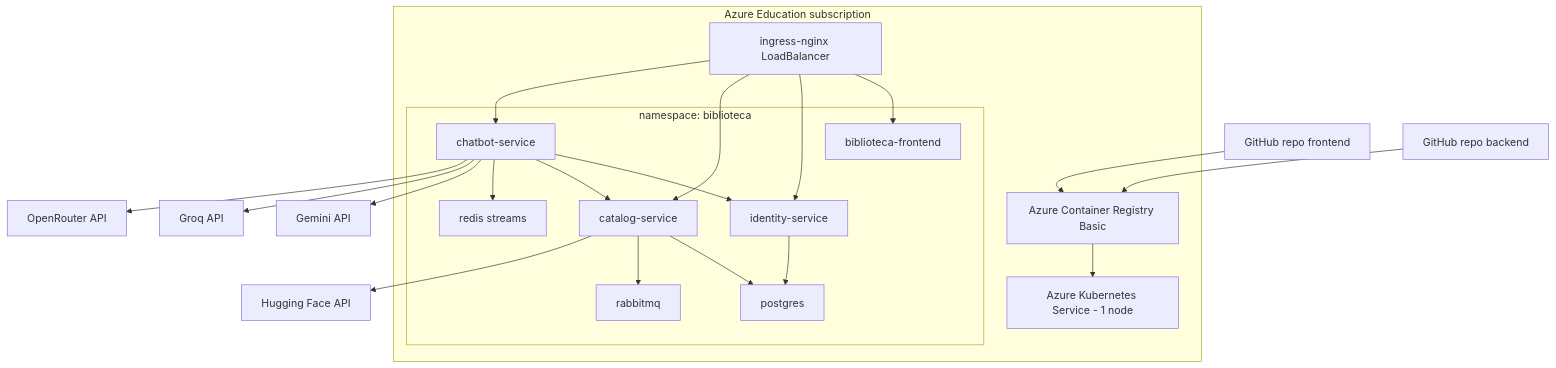
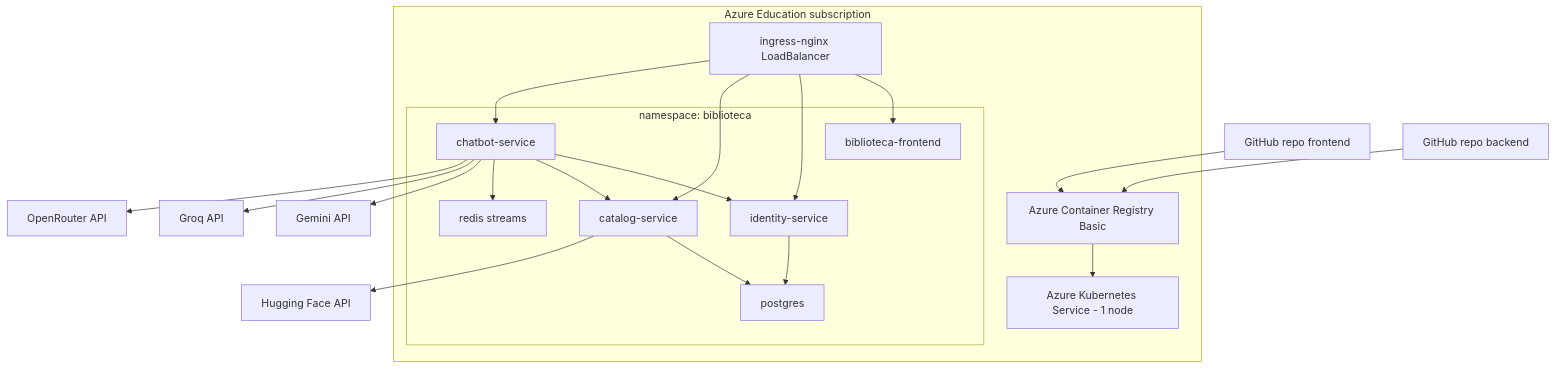
One commit to AlexanderPineda25/BiblioTech changed the diagram in GUIA_AKS.md. Above: the diagram before and after it, drawn with Mermaid. The commit also changed other lines of this file and 3 other files, not shown here.

````diff
--- a/GUIA_AKS.md
+++ b/GUIA_AKS.md
@@ -16,36 +16,34 @@
 ```mermaid
 flowchart TB
   subgraph Azure["Azure Education subscription"]
     ACR["Azure Container Registry Basic"]
     AKS["Azure Kubernetes Service - 1 node"]
     Ingress["ingress-nginx LoadBalancer"]
 
     subgraph NS["namespace: biblioteca"]
       FE["biblioteca-frontend"]
       ID["identity-service"]
       CAT["catalog-service"]
       CHAT["chatbot-service"]
       PG["postgres"]
-      RAB["rabbitmq"]
       REDIS["redis streams"]
     end
   end
 
   GHFE["GitHub repo frontend"] --> ACR
   GHBE["GitHub repo backend"] --> ACR
   ACR --> AKS
   Ingress --> FE
   Ingress --> ID
   Ingress --> CAT
   Ingress --> CHAT
   ID --> PG
   CAT --> PG
-  CAT --> RAB
   CHAT --> ID
   CHAT --> CAT
   CHAT --> REDIS
   CAT --> HF["Hugging Face API"]
   CHAT --> GEM["Gemini API"]
   CHAT --> GROQ["Groq API"]
   CHAT --> OPR["OpenRouter API"]
 ```
````
